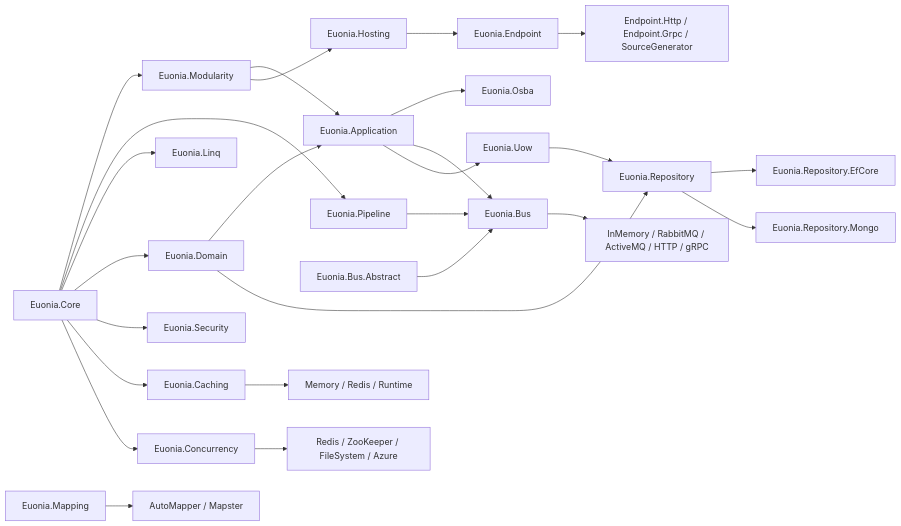
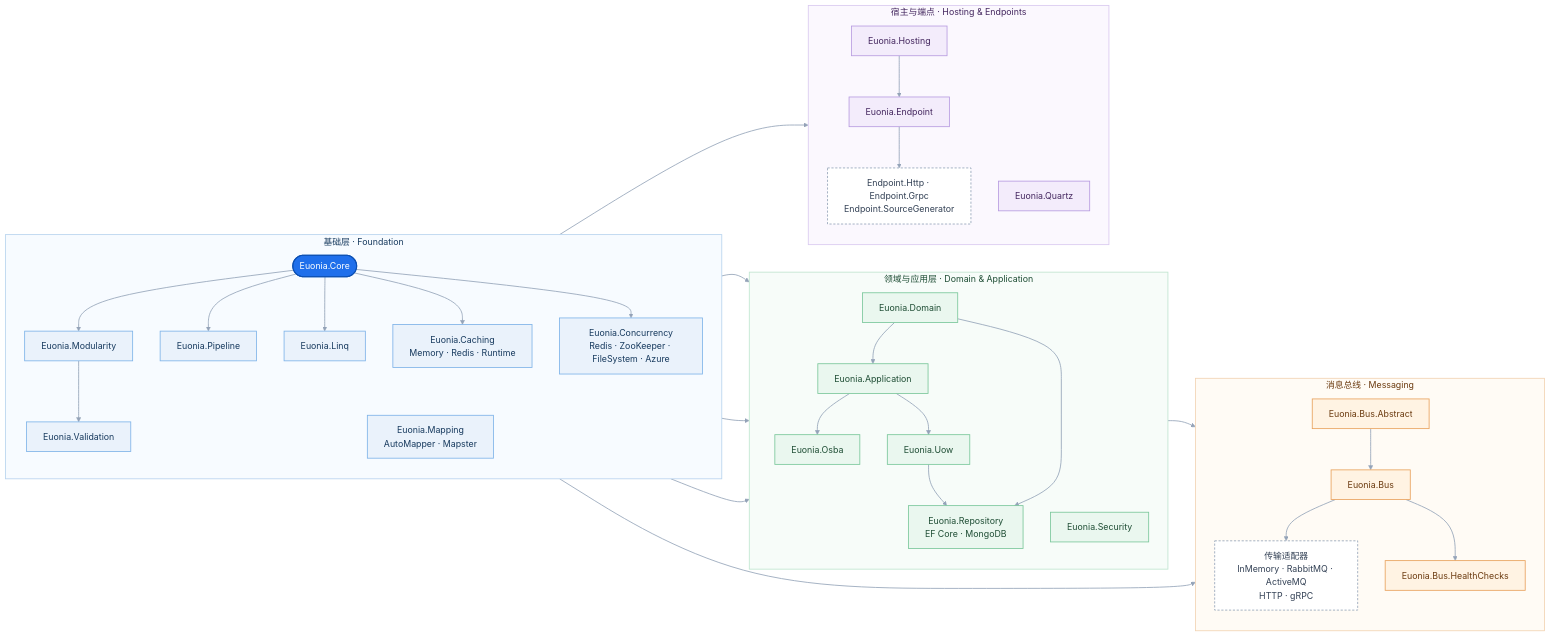
The diagram in README.md (euonia-project/euonia-dotnet), drawn with Mermaid before and after one commit. The commit also changed other lines of this file and 1 other file, not shown here.

Commit message:
docs(readme): 更新 README 中的架构图，增加子图和注释以增强可读性

````diff
--- a/README.md
+++ b/README.md
@@ -34,31 +34,84 @@
 ```mermaid
 flowchart LR
-    Core[Euonia.Core]
-    Core --> Modularity[Euonia.Modularity]
-    Core --> Pipeline[Euonia.Pipeline]
-    Core --> Linq[Euonia.Linq]
-    Core --> Domain[Euonia.Domain]
-    Core --> Security[Euonia.Security]
-    Core --> Caching[Euonia.Caching]
-    Core --> Concurrency[Euonia.Concurrency]
+    subgraph F["基础层 · Foundation"]
+        direction TB
+        Core(["Euonia.Core"])
+        Modularity["Euonia.Modularity"]
+        Pipeline["Euonia.Pipeline"]
+        Linq["Euonia.Linq"]
+        Mapping["Euonia.Mapping<br/>AutoMapper · Mapster"]
+        Validation["Euonia.Validation"]
+        Caching["Euonia.Caching<br/>Memory · Redis · Runtime"]
+        Concurrency["Euonia.Concurrency<br/>Redis · ZooKeeper · FileSystem · Azure"]
+    end
 
-    Modularity --> Application[Euonia.Application]
-    Modularity --> Hosting[Euonia.Hosting]
+    subgraph D["领域与应用层 · Domain & Application"]
+        direction TB
+        Domain["Euonia.Domain"]
+        Application["Euonia.Application"]
+        Uow["Euonia.Uow"]
+        Repository["Euonia.Repository<br/>EF Core · MongoDB"]
+        Osba["Euonia.Osba"]
+        Security["Euonia.Security"]
+    end
+
+    subgraph M["消息总线 · Messaging"]
+        direction TB
+        BusAbstract["Euonia.Bus.Abstract"]
+        Bus["Euonia.Bus"]
+        Transports["传输适配器<br/>InMemory · RabbitMQ · ActiveMQ<br/>HTTP · gRPC"]
+        BusHealth["Euonia.Bus.HealthChecks"]
+    end
+
+    subgraph H["宿主与端点 · Hosting & Endpoints"]
+        direction TB
+        Hosting["Euonia.Hosting"]
+        Endpoint["Euonia.Endpoint"]
+        EndpointImpl["Endpoint.Http · Endpoint.Grpc<br/>Endpoint.SourceGenerator"]
+        Quartz["Euonia.Quartz"]
+    end
+
+    Core --> Modularity
+    Core --> Pipeline
+    Core --> Linq
+    Core --> Caching
+    Core --> Concurrency
+    Core --> Domain
+    Core --> Security
+    Modularity --> Application
+    Modularity --> Hosting
+    Modularity --> Validation
     Domain --> Application
-    Domain --> Repository[Euonia.Repository]
-    Pipeline --> Bus[Euonia.Bus]
-    BusAbstract[Euonia.Bus.Abstract] --> Bus
-    Bus --> Transports["InMemory / RabbitMQ / ActiveMQ / HTTP / gRPC"]
-    Application --> Osba[Euonia.Osba]
+    Domain --> Repository
     Application --> Bus
-    Application --> Uow[Euonia.Uow]
+    Application --> Osba
+    Application --> Uow
     Uow --> Repository
-    Repository --> RepositoryEfCore[Euonia.Repository.EfCore]
-    Repository --> RepositoryMongo[Euonia.Repository.Mongo]
+    Pipeline --> Bus
+    BusAbstract --> Bus
+    Bus --> Transports
+    Bus --> BusHealth
+    Hosting --> Endpoint
+    Endpoint --> EndpointImpl
 
-    Caching --> CachingProviders["Memory / Redis / Runtime"]
-    Concurrency --> ConcurrencyProviders["Redis / ZooKeeper / FileSystem / Azure"]
-    Mapping[Euonia.Mapping] --> MappingProviders["AutoMapper / Mapster"]
-    Hosting --> Endpoint[Euonia.Endpoint]
-    Endpoint --> EndpointImpl["Endpoint.Http / Endpoint.Grpc / SourceGenerator"]
+    classDef core fill:#1F6FEB,stroke:#0B4FB3,color:#FFFFFF,stroke-width:2px
+    classDef foundation fill:#EAF2FB,stroke:#7EB3E8,color:#173A5E,stroke-width:1.5px
+    classDef domain fill:#EAF7EF,stroke:#79C79A,color:#1E4D34,stroke-width:1.5px
+    classDef messaging fill:#FFF3E3,stroke:#E8A15C,color:#6B3A0F,stroke-width:1.5px
+    classDef hosting fill:#F3ECFB,stroke:#B79BE0,color:#43265E,stroke-width:1.5px
+    classDef aggregate fill:#FFFFFF,stroke:#94A3B8,color:#334155,stroke-width:1.5px,stroke-dasharray: 4 3
+
+    class Core core
+    class Modularity,Pipeline,Linq,Mapping,Validation,Caching,Concurrency foundation
+    class Domain,Application,Uow,Repository,Osba,Security domain
+    class BusAbstract,Bus,BusHealth messaging
+    class Hosting,Endpoint,Quartz hosting
+    class Transports,EndpointImpl aggregate
+
+    style F fill:#F7FBFF,stroke:#B7D3EE,stroke-width:1.5px,color:#173A5E
+    style D fill:#F7FCF9,stroke:#BFE5CF,stroke-width:1.5px,color:#1E4D34
+    style M fill:#FFFBF5,stroke:#F2D3B3,stroke-width:1.5px,color:#6B3A0F
+    style H fill:#FBF8FE,stroke:#D9C9F0,stroke-width:1.5px,color:#43265E
+
+    linkStyle default stroke:#94A3B8,stroke-width:1.5px
 ```
````
